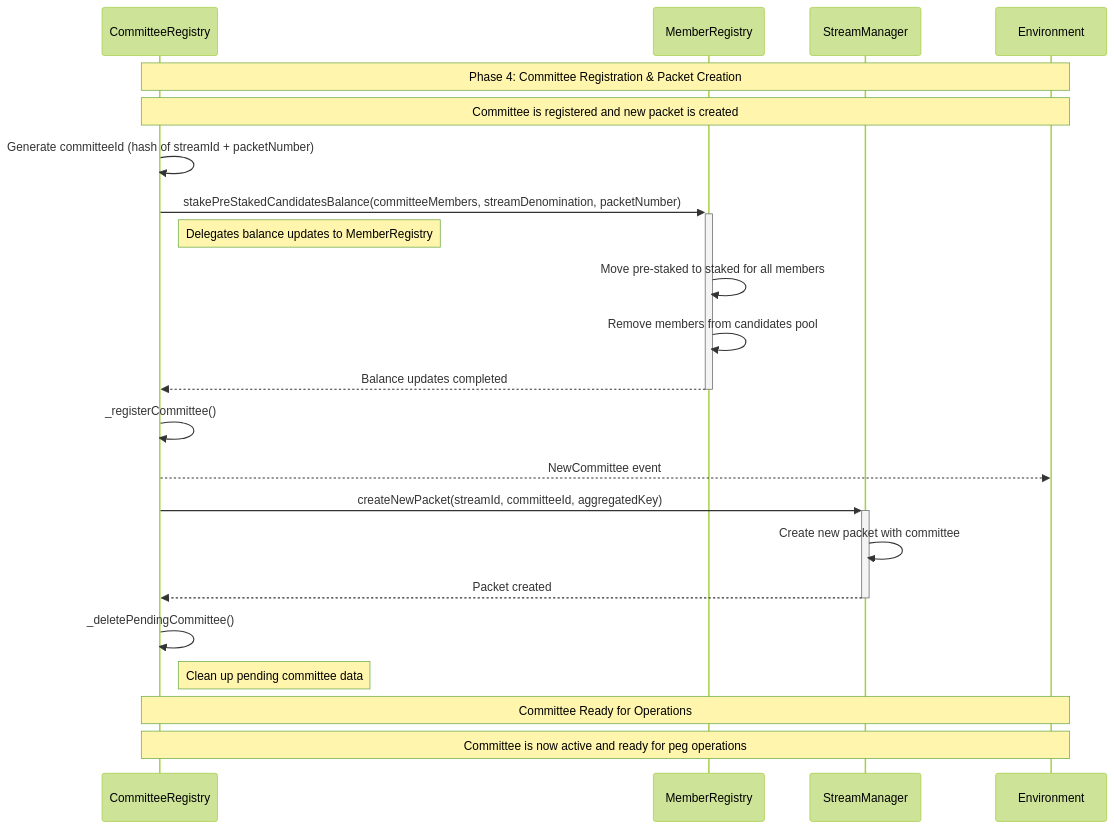
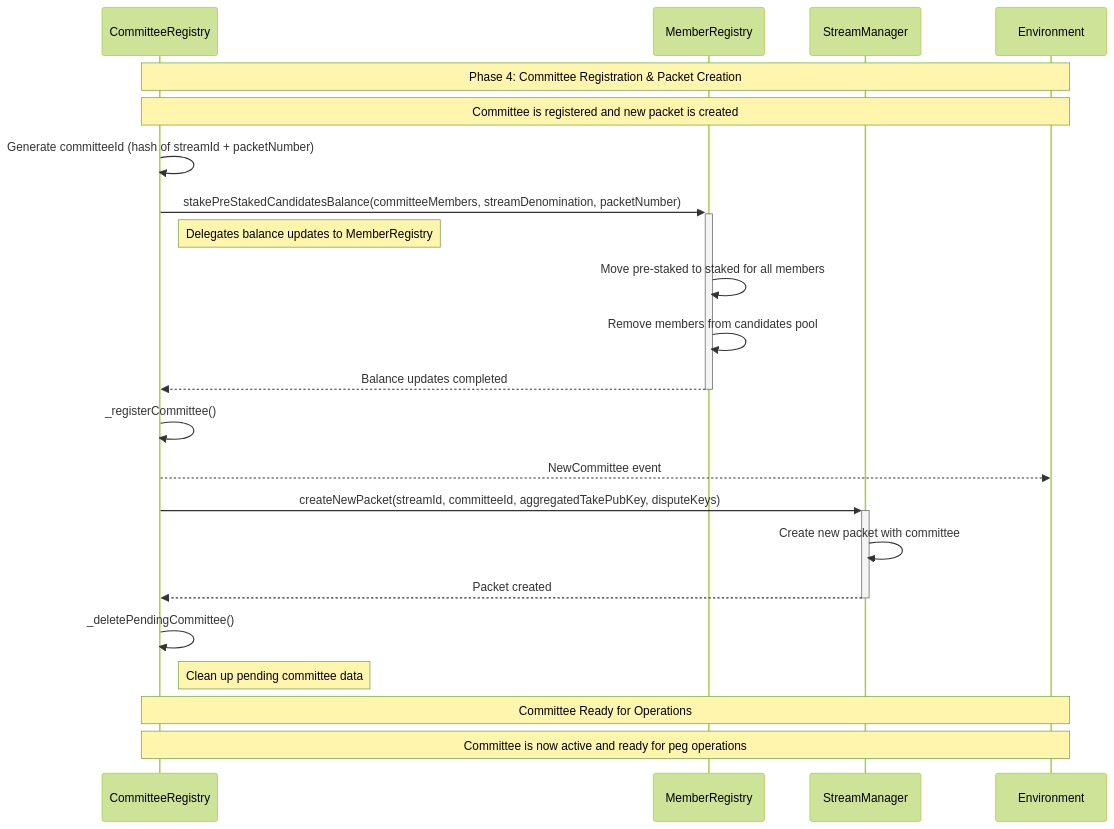
One commit to rsksmart/union-bridge-contracts changed the fourth of 14 diagrams in docs/src/README.md. Above: the diagram before and after it, drawn with Mermaid (forest theme). The commit also changed other lines of this file and 113 other files, not shown here.

````diff
--- a/docs/src/README.md
+++ b/docs/src/README.md
@@ -685,27 +724,27 @@
 ```mermaid
 sequenceDiagram
     participant CR as CommitteeRegistry
     participant MR as MemberRegistry
     participant SM as StreamManager
     participant ENV as Environment
 
     Note over CR,ENV: Phase 4: Committee Registration & Packet Creation
     Note over CR,ENV: Committee is registered and new packet is created
 
     CR->>CR: Generate committeeId (hash of streamId + packetNumber)
     CR->>+MR: stakePreStakedCandidatesBalance(committeeMembers, streamDenomination, packetNumber)
     Note right of CR: Delegates balance updates to MemberRegistry
     MR->>MR: Move pre-staked to staked for all members
     MR->>MR: Remove members from candidates pool
     MR-->>-CR: Balance updates completed
     CR->>CR: _registerCommittee()
     CR-->>ENV: NewCommittee event
-    CR->>+SM: createNewPacket(streamId, committeeId, aggregatedKey)
+    CR->>+SM: createNewPacket(streamId, committeeId, aggregatedTakePubKey, disputeKeys)
     SM->>SM: Create new packet with committee
     SM-->>-CR: Packet created
     CR->>CR: _deletePendingCommittee()
     Note right of CR: Clean up pending committee data
 
     Note over CR,ENV: Committee Ready for Operations
     Note over CR,ENV: Committee is now active and ready for peg operations
 ```
````
